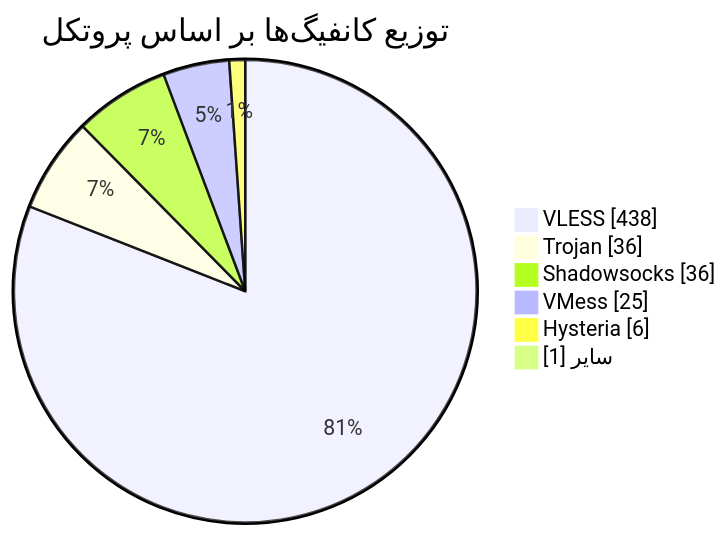
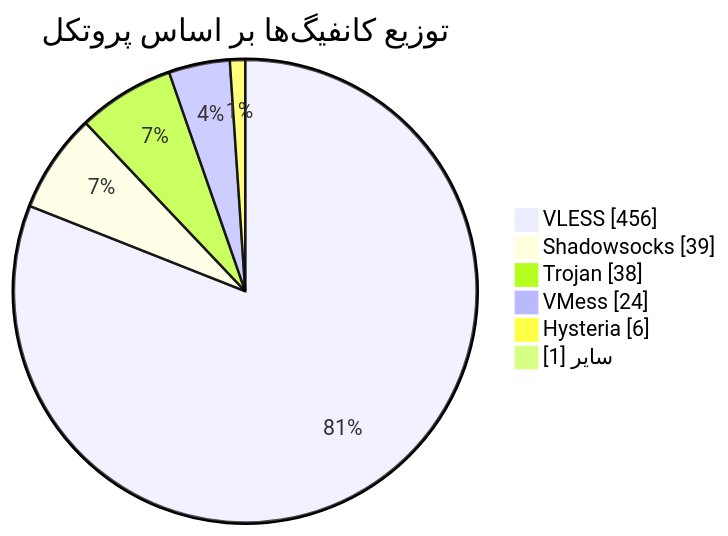
The diagram in README.md (Arian-Alijani/Somthing), drawn with Mermaid before and after one commit. The commit also changed other lines of this file and 53 other files, not shown here.

````diff
--- a/README.md
+++ b/README.md
@@ -48,10 +48,10 @@
 ```mermaid
 pie showData
     title توزیع کانفیگ‌ها بر اساس پروتکل
-    "VLESS" : 438
-    "Trojan" : 36
-    "Shadowsocks" : 36
-    "VMess" : 25
+    "VLESS" : 456
+    "Shadowsocks" : 39
+    "Trojan" : 38
+    "VMess" : 24
     "Hysteria" : 6
     "سایر" : 1
 ```
````
